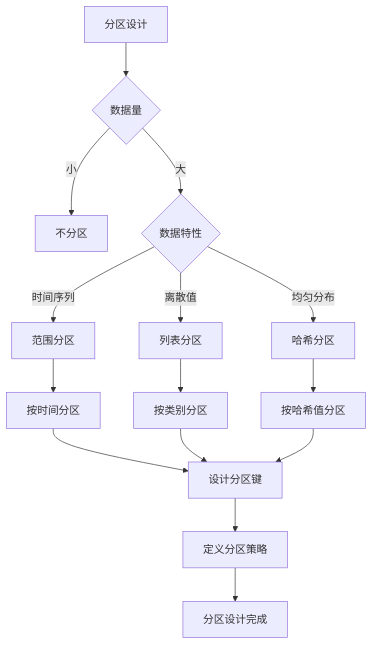
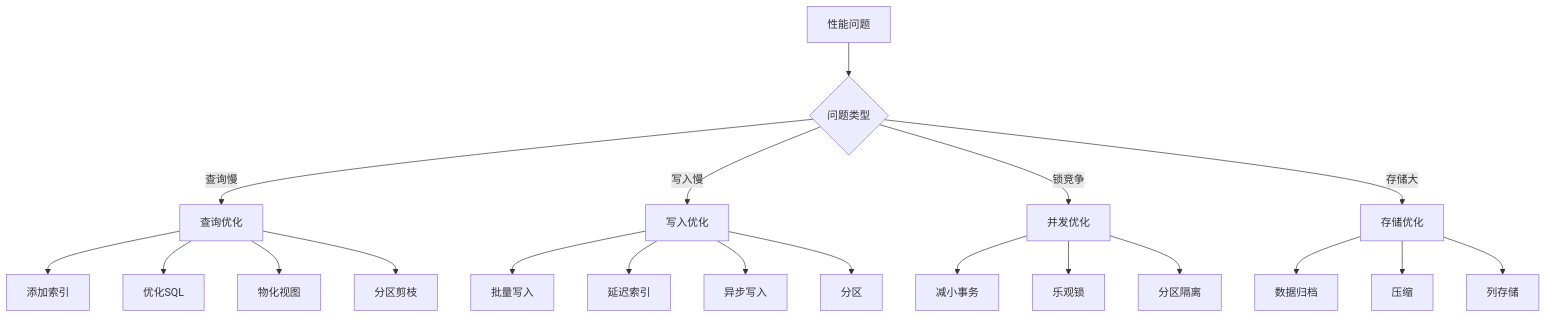
Diagram 22 of 24 in Design/07-数据库设计实践/07.01-Schema设计方法论.md (AdaMartin18010/Data-Science), drawn with Mermaid before and after one commit. The commit also changed other lines of this file and 55 other files, not shown here.

````diff
--- a/Design/07-数据库设计实践/07.01-Schema设计方法论.md
+++ b/Design/07-数据库设计实践/07.01-Schema设计方法论.md
@@ -511,21 +1518,27 @@
 ```mermaid
 flowchart TD
-    A[分区设计] --> B{数据量}
-    B -->|小| C[不分区]
-    B -->|大| D{数据特性}
+    A[性能问题] --> B{问题类型}
 
-    D -->|时间序列| E[范围分区]
-    D -->|离散值| F[列表分区]
-    D -->|均匀分布| G[哈希分区]
+    B -->|查询慢| C[查询优化]
+    B -->|写入慢| D[写入优化]
+    B -->|锁竞争| E[并发优化]
+    B -->|存储大| F[存储优化]
 
-    E --> H[按时间分区]
-    F --> I[按类别分区]
-    G --> J[按哈希值分区]
+    C --> C1[添加索引]
+    C --> C2[优化SQL]
+    C --> C3[物化视图]
+    C --> C4[分区剪枝]
 
-    H --> K[设计分区键]
-    I --> K
-    J --> K
+    D --> D1[批量写入]
+    D --> D2[延迟索引]
+    D --> D3[异步写入]
+    D --> D4[分区]
 
-    K --> L[定义分区策略]
-    L --> M[分区设计完成]
+    E --> E1[减小事务]
+    E --> E2[乐观锁]
+    E --> E3[分区隔离]
+
+    F --> F1[数据归档]
+    F --> F2[压缩]
+    F --> F3[列存储]
 ```
````
